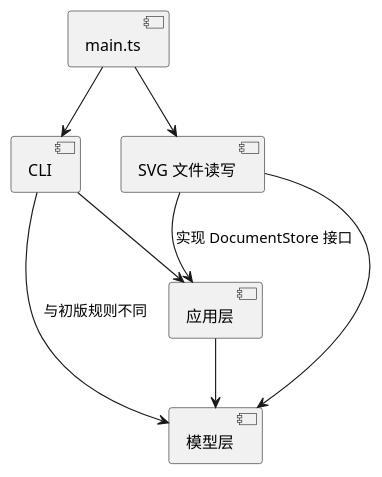
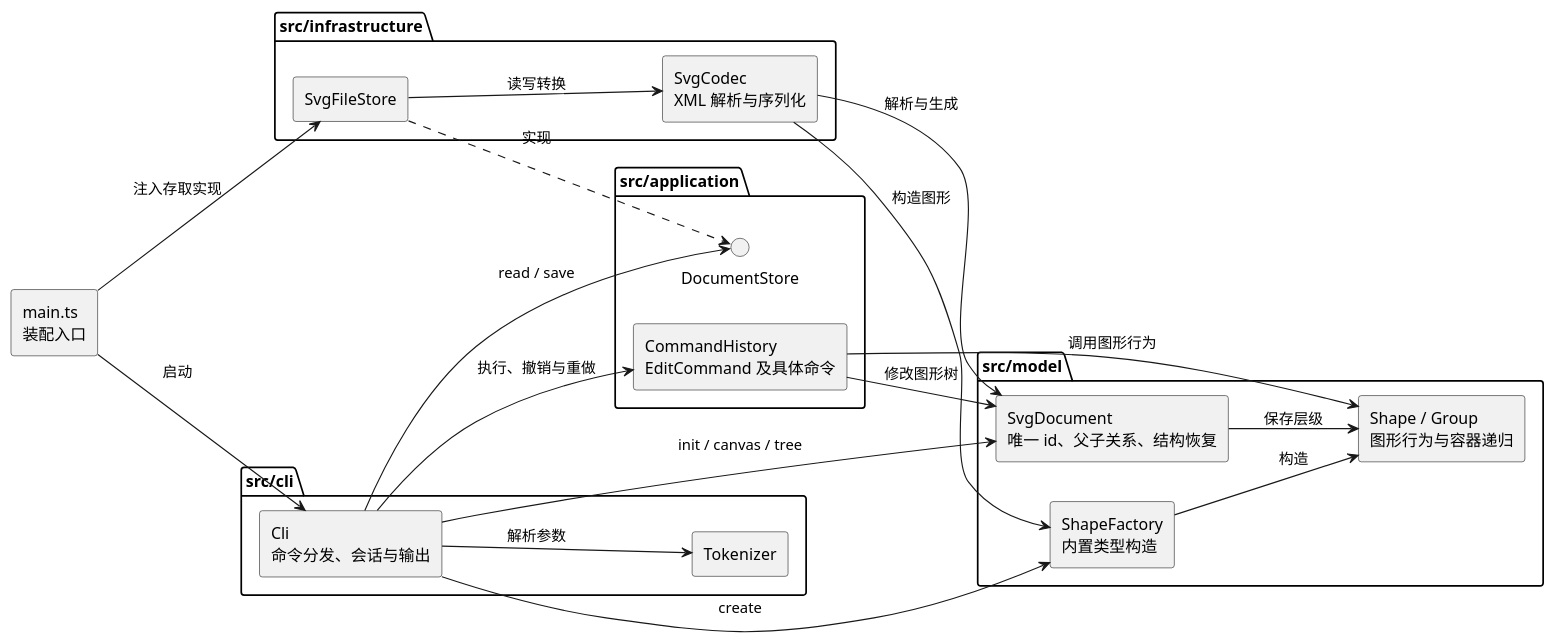
The second of 2 diagrams in doc/README.md (Pianeer888/svg-editor-lab1), drawn with PlantUML before and after one commit. The commit also changed other lines of this file and 6 other files, not shown here.

First line of the commit message:
fix: restore SVG tree after failed structural edits (Commit 10)

````diff
--- a/doc/README.md
+++ b/doc/README.md
@@ -137,16 +161,41 @@
 ```plantuml
 @startuml
-component "main.ts" as MAIN
-component "CLI" as CLI
-component "应用层" as APP
-component "模型层" as MODEL
-component "SVG 文件读写" as INFRA
-MAIN --> CLI
-MAIN --> INFRA
-CLI --> APP
-CLI --> MODEL : 与初版规则不同
-APP --> MODEL
-INFRA --> APP : 实现 DocumentStore 接口
-INFRA --> MODEL
+left to right direction
+skinparam componentStyle rectangle
+
+component "main.ts\n装配入口" as MAIN
+package "src/cli" {
+  component "Cli\n命令分发、会话与输出" as CLI
+  component "Tokenizer" as TOKENIZER
+}
+package "src/application" {
+  component "CommandHistory\nEditCommand 及具体命令" as COMMANDS
+  interface "DocumentStore" as STORE
+}
+package "src/model" {
+  component "SvgDocument\n唯一 id、父子关系、结构恢复" as DOC
+  component "Shape / Group\n图形行为与容器递归" as SHAPES
+  component "ShapeFactory\n内置类型构造" as FACTORY
+}
+package "src/infrastructure" {
+  component "SvgFileStore" as FILE
+  component "SvgCodec\nXML 解析与序列化" as CODEC
+}
+
+MAIN --> CLI : 启动
+MAIN --> FILE : 注入存取实现
+CLI --> TOKENIZER : 解析参数
+CLI --> COMMANDS : 执行、撤销与重做
+CLI --> STORE : read / save
+CLI --> DOC : init / canvas / tree
+CLI --> FACTORY : create
+COMMANDS --> DOC : 修改图形树
+COMMANDS --> SHAPES : 调用图形行为
+DOC --> SHAPES : 保存层级
+FACTORY --> SHAPES : 构造
+FILE ..> STORE : 实现
+FILE --> CODEC : 读写转换
+CODEC --> DOC : 解析与生成
+CODEC --> FACTORY : 构造图形
 @enduml
 ```
````
